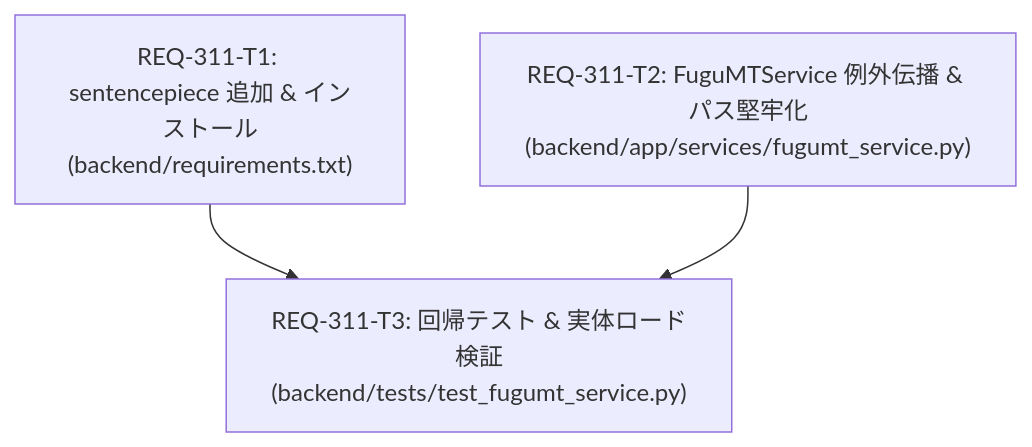
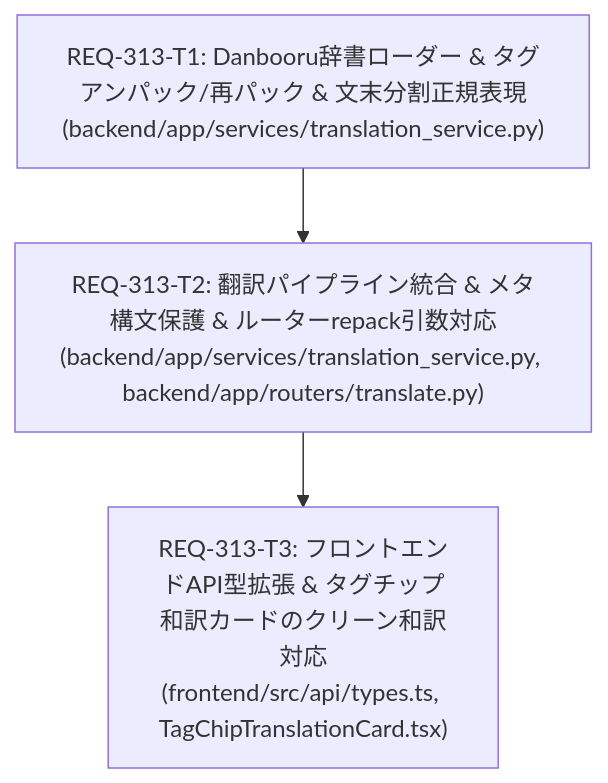
One commit to TAKE4548/comfy-create-helper2 changed the diagram in implementation_plan.md. Above: the diagram before and after it, drawn with Mermaid. The commit also changed other lines of this file and 13 other files, not shown here.

Commit message:
feat(REQ-313): Prompt Surgeon FuguMT translation engine enhancement

````diff
--- a/implementation_plan.md
+++ b/implementation_plan.md
@@ -48,9 +61,9 @@
 ```mermaid
 graph TD
-  REQ-311-T1["REQ-311-T1: sentencepiece 追加 & インストール<br/>(backend/requirements.txt)"]
-  REQ-311-T2["REQ-311-T2: FuguMTService 例外伝播 & パス堅牢化<br/>(backend/app/services/fugumt_service.py)"]
-  REQ-311-T3["REQ-311-T3: 回帰テスト & 実体ロード検証<br/>(backend/tests/test_fugumt_service.py)"]
+  REQ-313-T1["REQ-313-T1: Danbooru辞書ローダー & タグアンパック/再パック & 文末分割正規表現<br/>(backend/app/services/translation_service.py)"]
+  REQ-313-T2["REQ-313-T2: 翻訳パイプライン統合 & メタ構文保護 & ルーターrepack引数対応<br/>(backend/app/services/translation_service.py, backend/app/routers/translate.py)"]
+  REQ-313-T3["REQ-313-T3: フロントエンドAPI型拡張 & タグチップ和訳カードのクリーン和訳対応<br/>(frontend/src/api/types.ts, TagChipTranslationCard.tsx)"]
 
-  REQ-311-T1 --> REQ-311-T3
-  REQ-311-T2 --> REQ-311-T3
+  REQ-313-T1 --> REQ-313-T2
+  REQ-313-T2 --> REQ-313-T3
 ```
````
